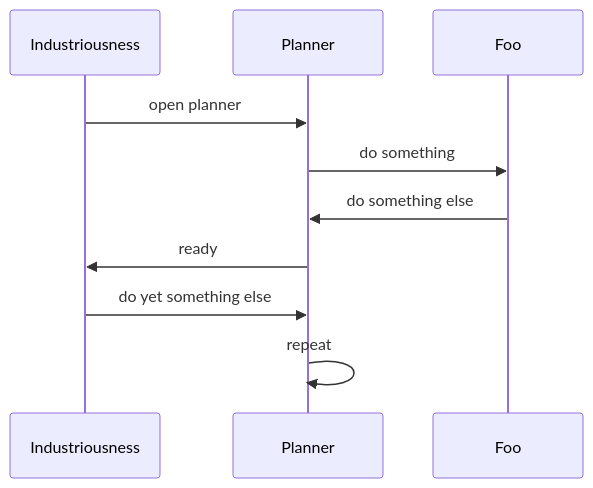
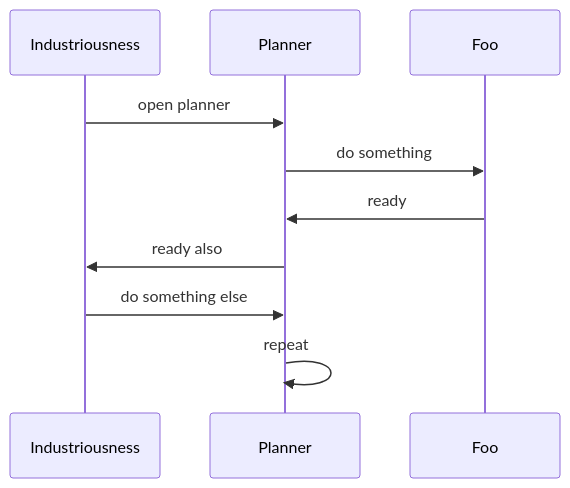
One commit to vanHeemstraSystems/industriousness changed the second of 2 diagrams in 300/README.md. Above: the diagram before and after it, drawn with Mermaid.

````diff
--- a/300/README.md
+++ b/300/README.md
@@ -21,12 +21,12 @@
 ```mermaid
 sequenceDiagram
     participant Industriousness
     participant Planner
     participant Foo
     Industriousness->>Planner: open planner
     Planner->>Foo: do something
-    Foo->>Planner: do something else
-    Planner->>Industriousness: ready
-    Industriousness->>Planner: do yet something else
+    Foo->>Planner: ready
+    Planner->>Industriousness: ready also
+    Industriousness->>Planner: do something else
     Planner->>Planner: repeat
 ```
````
